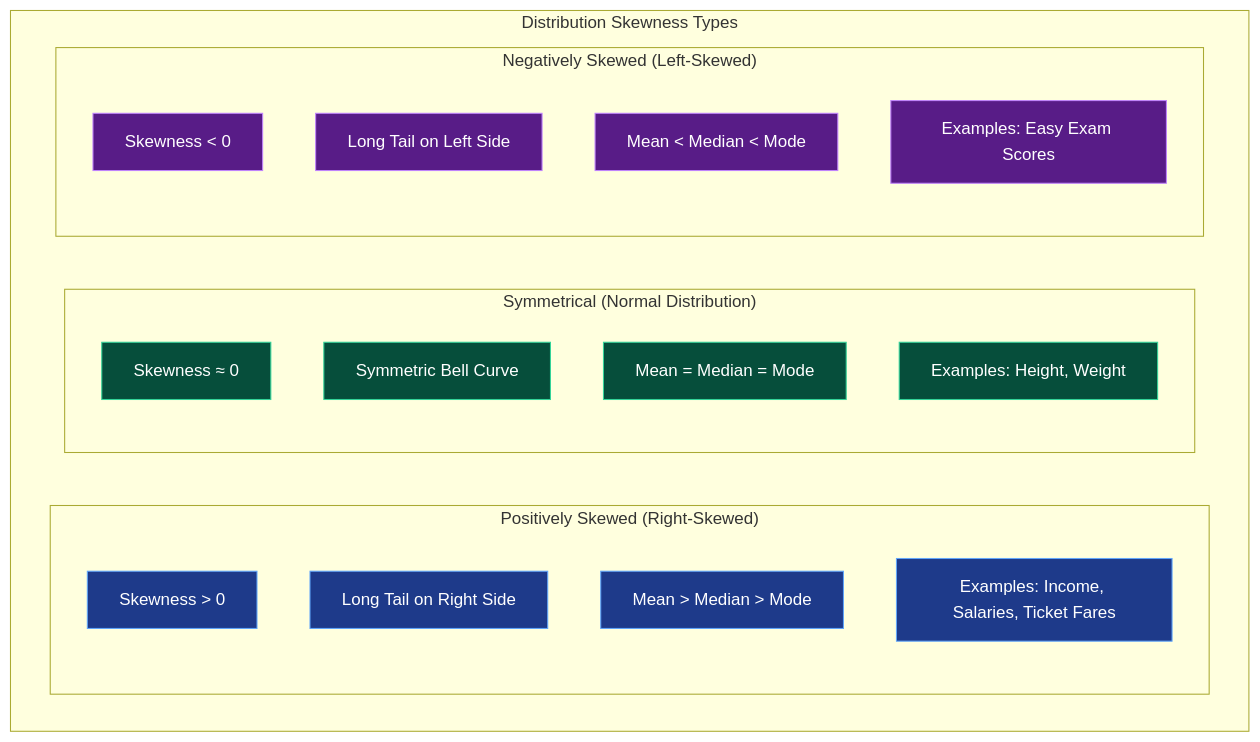
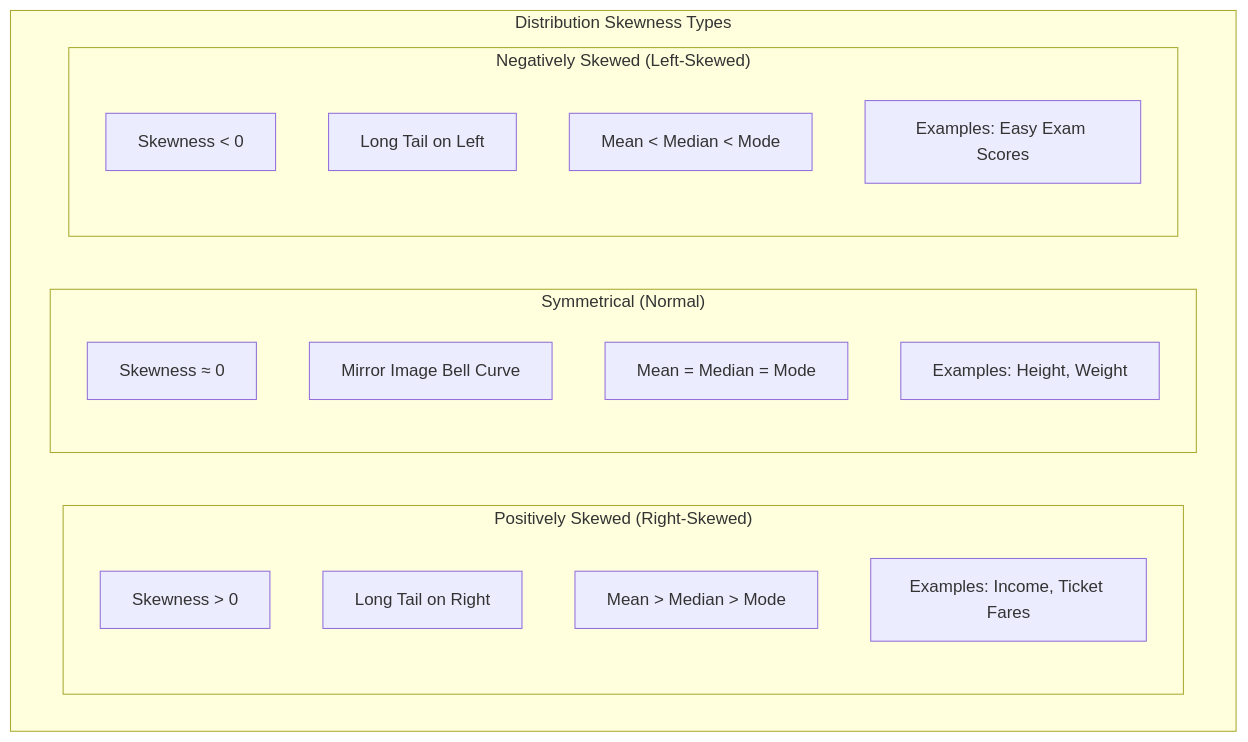
Before and after one commit to ayuslharora/blog-ayuslh: the third of 3 diagrams in content/posts/machine-learning/ch12-univariate-data-analysis.mdx, drawn with Mermaid. The commit also changed other lines of this file, not shown here.

Commit message:
Update post formatting and diagrams

````diff
--- a/content/posts/machine-learning/ch12-univariate-data-analysis.mdx
+++ b/content/posts/machine-learning/ch12-univariate-data-analysis.mdx
@@ -229,38 +247,30 @@
 ```mermaid
 flowchart TD
-    subgraph Skewness["Distribution Skewness Types"]
+    subgraph SkewnessMap["Distribution Skewness Types"]
         direction LR
 
         subgraph Pos["Positively Skewed (Right-Skewed)"]
             direction TB
             P1["Skewness > 0"]
-            P2["Long Tail on Right Side"]
+            P2["Long Tail on Right"]
             P3["Mean > Median > Mode"]
-            P4["Examples: Income, Salaries, Ticket Fares"]
+            P4["Examples: Income, Ticket Fares"]
         end
 
-        subgraph Sym["Symmetrical (Normal Distribution)"]
+        subgraph Sym["Symmetrical (Normal)"]
             direction TB
             S1["Skewness ≈ 0"]
-            S2["Symmetric Bell Curve"]
+            S2["Mirror Image Bell Curve"]
             S3["Mean = Median = Mode"]
             S4["Examples: Height, Weight"]
         end
 
         subgraph Neg["Negatively Skewed (Left-Skewed)"]
             direction TB
             N1["Skewness < 0"]
-            N2["Long Tail on Left Side"]
+            N2["Long Tail on Left"]
             N3["Mean < Median < Mode"]
             N4["Examples: Easy Exam Scores"]
         end
     end
-
-    classDef posStyle fill:#1e3a8a,stroke:#60a5fa,stroke-width:1px,color:#fff;
-    classDef symStyle fill:#064e3b,stroke:#34d399,stroke-width:1px,color:#fff;
-    classDef negStyle fill:#581c87,stroke:#c084fc,stroke-width:1px,color:#fff;
-
-    class P1,P2,P3,P4 posStyle;
-    class S1,S2,S3,S4 symStyle;
-    class N1,N2,N3,N4 negStyle;
 ```
````
